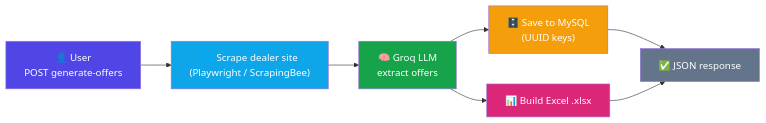
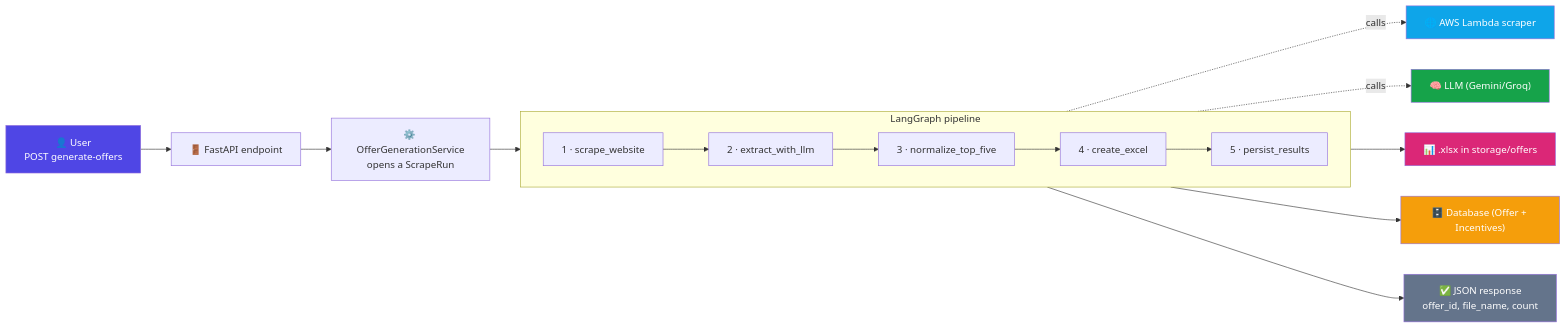
Before and after one commit to manoharkurukuri/vehicle-offers-backend: the first of 7 diagrams in DEMO.md, drawn with Mermaid. The commit also changed other lines of this file and 6 other files, not shown here.

Commit message:
feat: integrate Google Gemini LLM for offer extraction and update configuration and changed groq to fallback model

````diff
--- a/DEMO.md
+++ b/DEMO.md
@@ -12,16 +30,27 @@
 ```mermaid
 flowchart LR
-    A["👤 User<br/>POST generate-offers"] --> B["🌐 Scrape dealer site<br/>(Playwright / ScrapingBee)"]
-    B --> C["🧠 Groq LLM<br/>extract offers"]
-    C --> D["🗄️ Save to MySQL<br/>(UUID keys)"]
-    C --> E["📊 Build Excel .xlsx"]
-    D --> F["✅ JSON response"]
-    E --> F
+    A["👤 User<br/>POST generate-offers"] --> API["🚪 FastAPI endpoint"]
+    API --> SVC["⚙️ OfferGenerationService<br/>opens a ScrapeRun"]
+    SVC --> WF["🔗 LangGraph workflow"]
+
+    subgraph WF ["LangGraph pipeline"]
+      direction LR
+      S1["1 · scrape_website"] --> S2["2 · extract_with_llm"]
+      S2 --> S3["3 · normalize_top_five"]
+      S3 --> S4["4 · create_excel"]
+      S4 --> S5["5 · persist_results"]
+    end
+
+    S1 -. calls .-> LAM["🌐 AWS Lambda scraper"]
+    S2 -. calls .-> LLM["🧠 LLM (Gemini/Groq)"]
+    S4 --> XLSX["📊 .xlsx in storage/offers"]
+    S5 --> DB["🗄️ Database (Offer + Incentives)"]
+    WF --> RESP["✅ JSON response<br/>offer_id, file_name, count"]
 
     style A fill:#4f46e5,color:#fff
-    style B fill:#0ea5e9,color:#fff
-    style C fill:#16a34a,color:#fff
-    style D fill:#f59e0b,color:#fff
-    style E fill:#db2777,color:#fff
-    style F fill:#64748b,color:#fff
+    style LAM fill:#0ea5e9,color:#fff
+    style LLM fill:#16a34a,color:#fff
+    style DB fill:#f59e0b,color:#fff
+    style XLSX fill:#db2777,color:#fff
+    style RESP fill:#64748b,color:#fff
 ```
````
